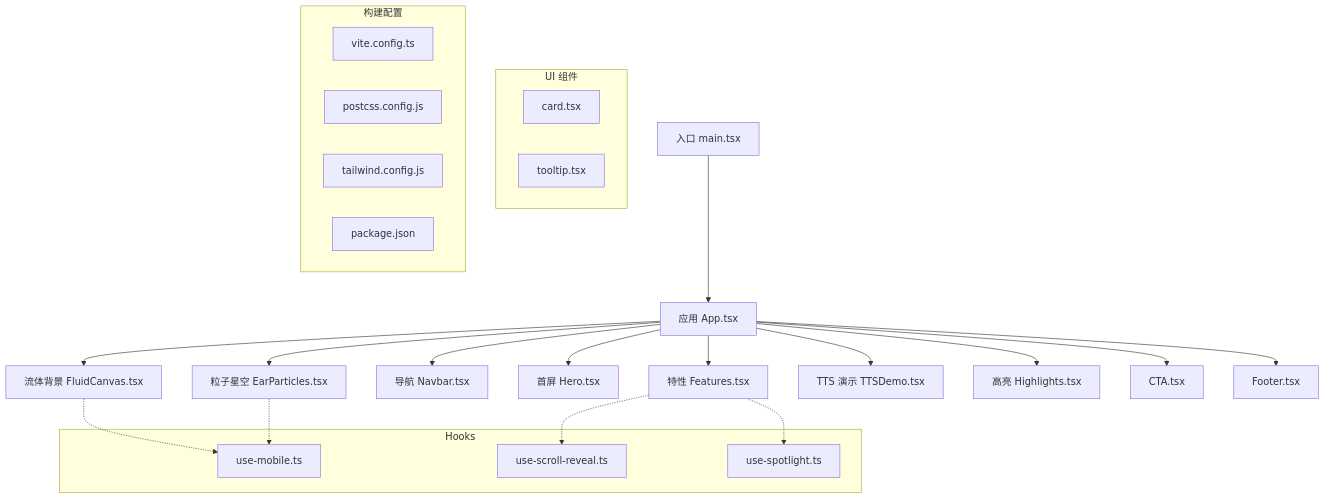
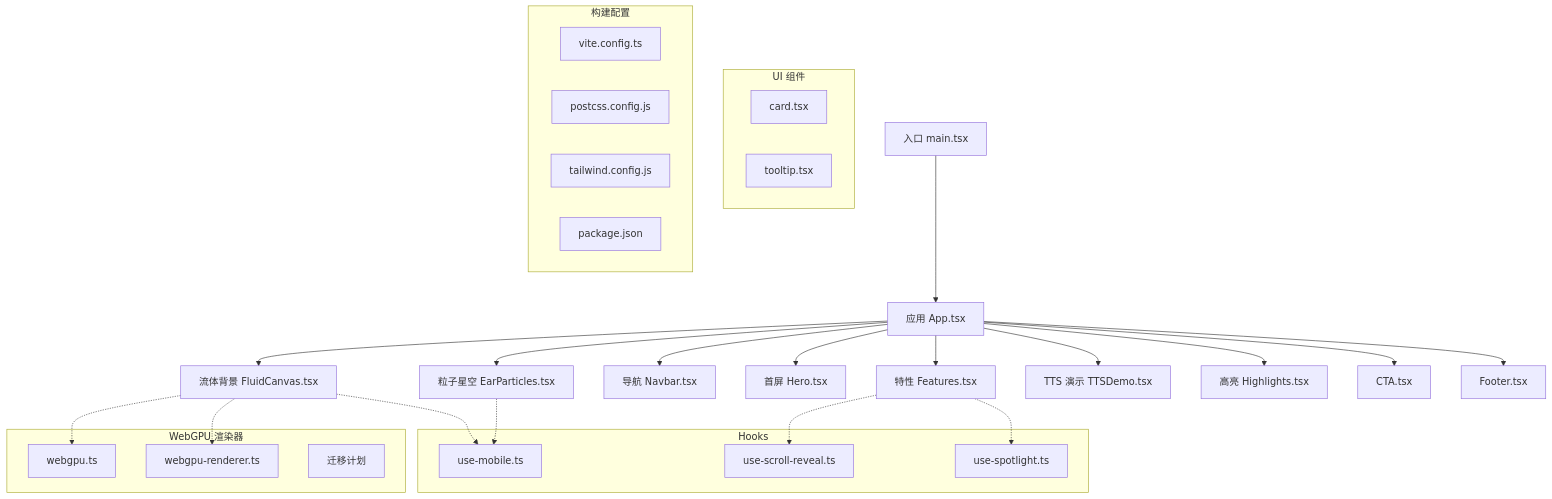
One commit to Primoguo/naolizhi.cn changed the first of 8 diagrams in .qoder/repowiki/zh/content/性能优化/性能优化.md. Above: the diagram before and after it, drawn with Mermaid. The commit also changed other lines of this file and 73 other files, not shown here.

````diff
--- a/.qoder/repowiki/zh/content/性能优化/性能优化.md
+++ b/.qoder/repowiki/zh/content/性能优化/性能优化.md
@@ -42,32 +53,39 @@
 ```mermaid
 graph TB
 A["入口 main.tsx"] --> B["应用 App.tsx"]
 B --> C["流体背景 FluidCanvas.tsx"]
 B --> D["粒子星空 EarParticles.tsx"]
 B --> E["导航 Navbar.tsx"]
 B --> F["首屏 Hero.tsx"]
 B --> G["特性 Features.tsx"]
 B --> H["TTS 演示 TTSDemo.tsx"]
 B --> I["高亮 Highlights.tsx"]
 B --> J["CTA.tsx"]
 B --> K["Footer.tsx"]
 subgraph "Hooks"
 L["use-mobile.ts"]
 M["use-scroll-reveal.ts"]
 N["use-spotlight.ts"]
 end
 subgraph "UI 组件"
 O["card.tsx"]
 P["tooltip.tsx"]
 end
+subgraph "WebGPU 渲染器"
+Q["webgpu.ts"]
+R["webgpu-renderer.ts"]
+S["迁移计划"]
+end
 subgraph "构建配置"
-Q["vite.config.ts"]
-R["postcss.config.js"]
-S["tailwind.config.js"]
-T["package.json"]
+T["vite.config.ts"]
+U["postcss.config.js"]
+V["tailwind.config.js"]
+W["package.json"]
 end
 C -.-> L
 D -.-> L
 G -.-> M
 G -.-> N
+C -.-> Q
+C -.-> R
 ```
````
